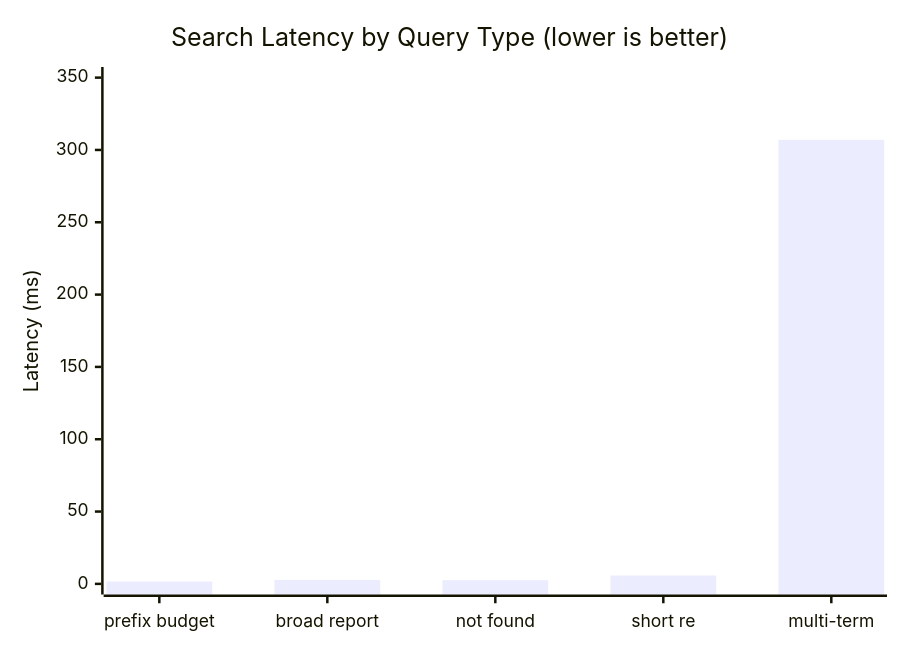
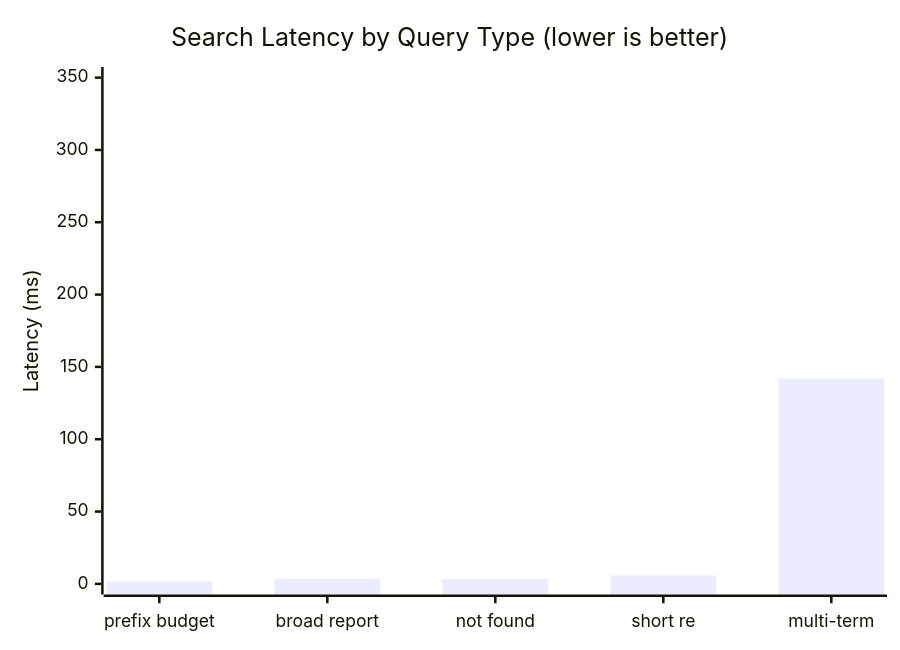
Before and after one commit to williamcachamwri/snyd: the third of 6 diagrams in README.md, drawn with Mermaid. The commit also changed other lines of this file, not shown here.

````diff
--- a/README.md
+++ b/README.md
@@ -64,7 +78,7 @@
 ```mermaid
 xychart-beta
     title "Search Latency by Query Type (lower is better)"
     x-axis ["prefix budget", "broad report", "not found", "short re", "multi-term"]
     y-axis "Latency (ms)" 0 --> 350
-    bar [1.61, 2.77, 2.56, 5.76, 307]
+    bar [1.74, 3.42, 3.26, 5.81, 142]
 ```
````
